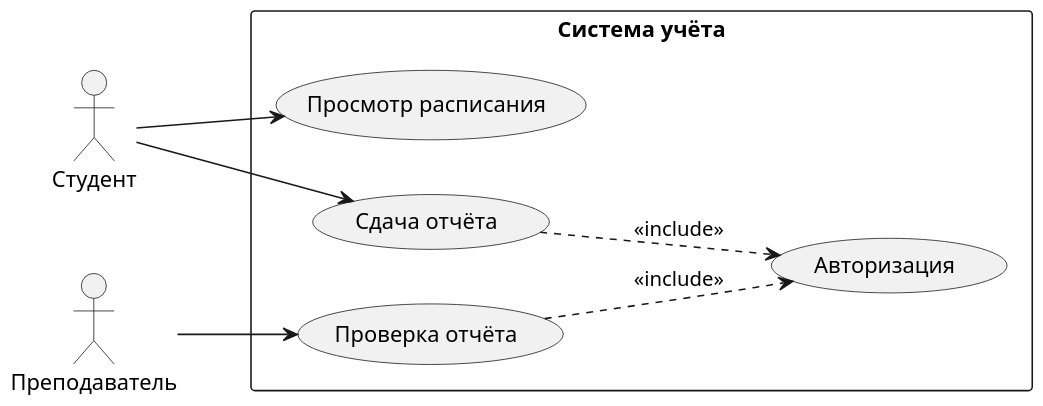
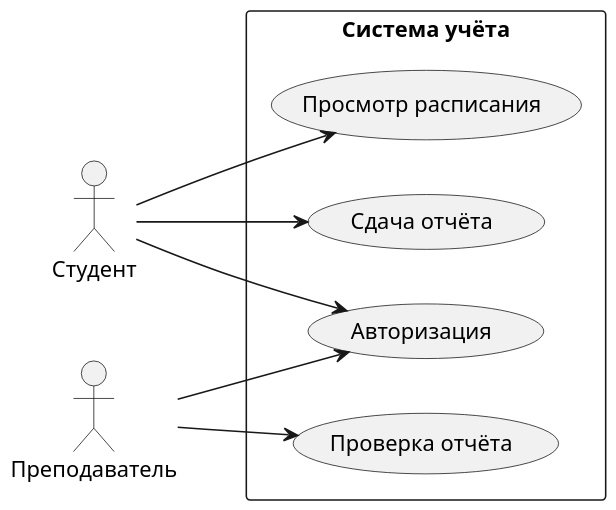
One commit to Gu4rDe/railway changed the third of 10 diagrams in uml-plantuml/references/templates.md. Above: the diagram before and after it, drawn with PlantUML. The commit also changed other lines of this file and 2 other files, not shown here.

Commit message:
Update UML PlantUML skill

````diff
--- a/uml-plantuml/references/templates.md
+++ b/uml-plantuml/references/templates.md
@@ -92,24 +92,24 @@
 ```plantuml
 @startuml
 skinparam shadowing false
 skinparam dpi 150
 skinparam packageStyle rectangle
 left to right direction
 
 actor "Студент" as S
 actor "Преподаватель" as T
 
 rectangle "Система учёта" {
   usecase "Просмотр расписания" as UC1
   usecase "Сдача отчёта" as UC2
   usecase "Проверка отчёта" as UC3
   usecase "Авторизация" as UC4
 }
 
 S --> UC1
 S --> UC2
 T --> UC3
-UC2 ..> UC4 : <<include>>
-UC3 ..> UC4 : <<include>>
+S --> UC4
+T --> UC4
 @enduml
 ```
````
